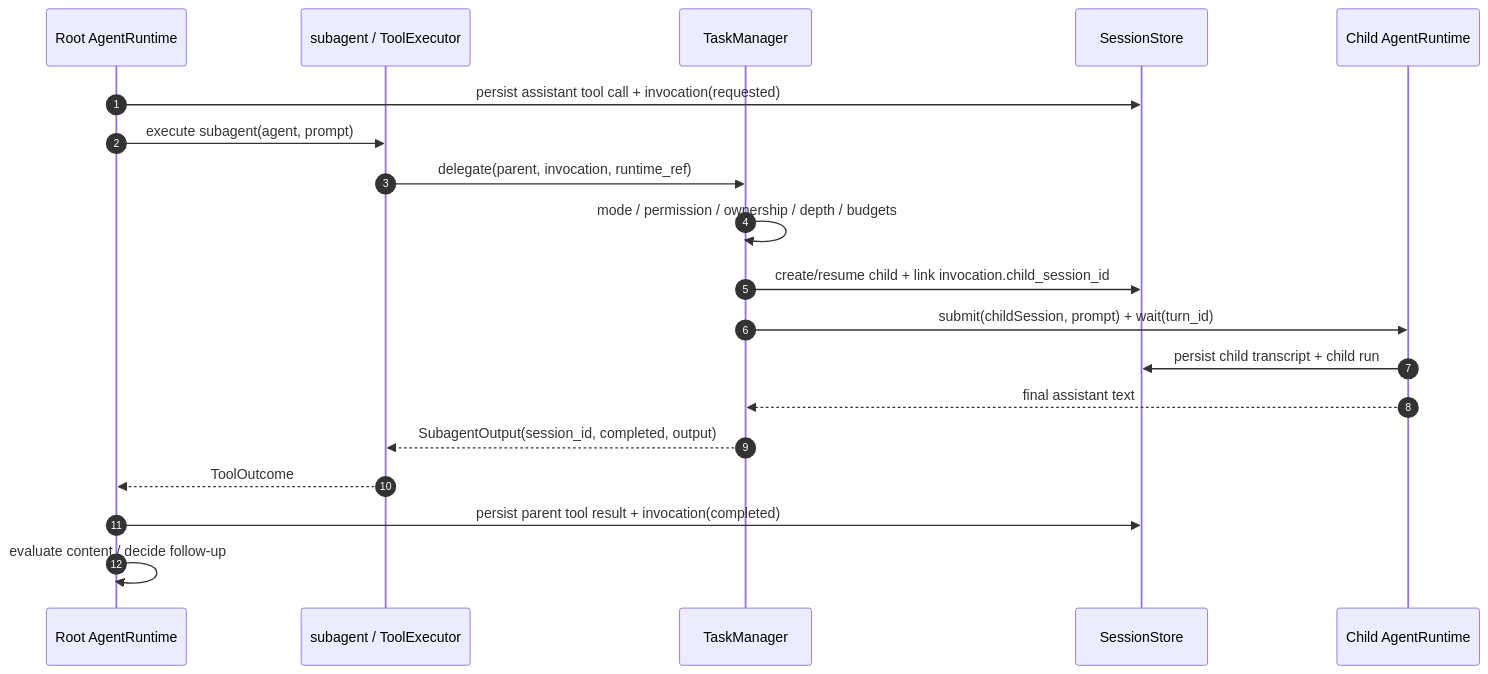
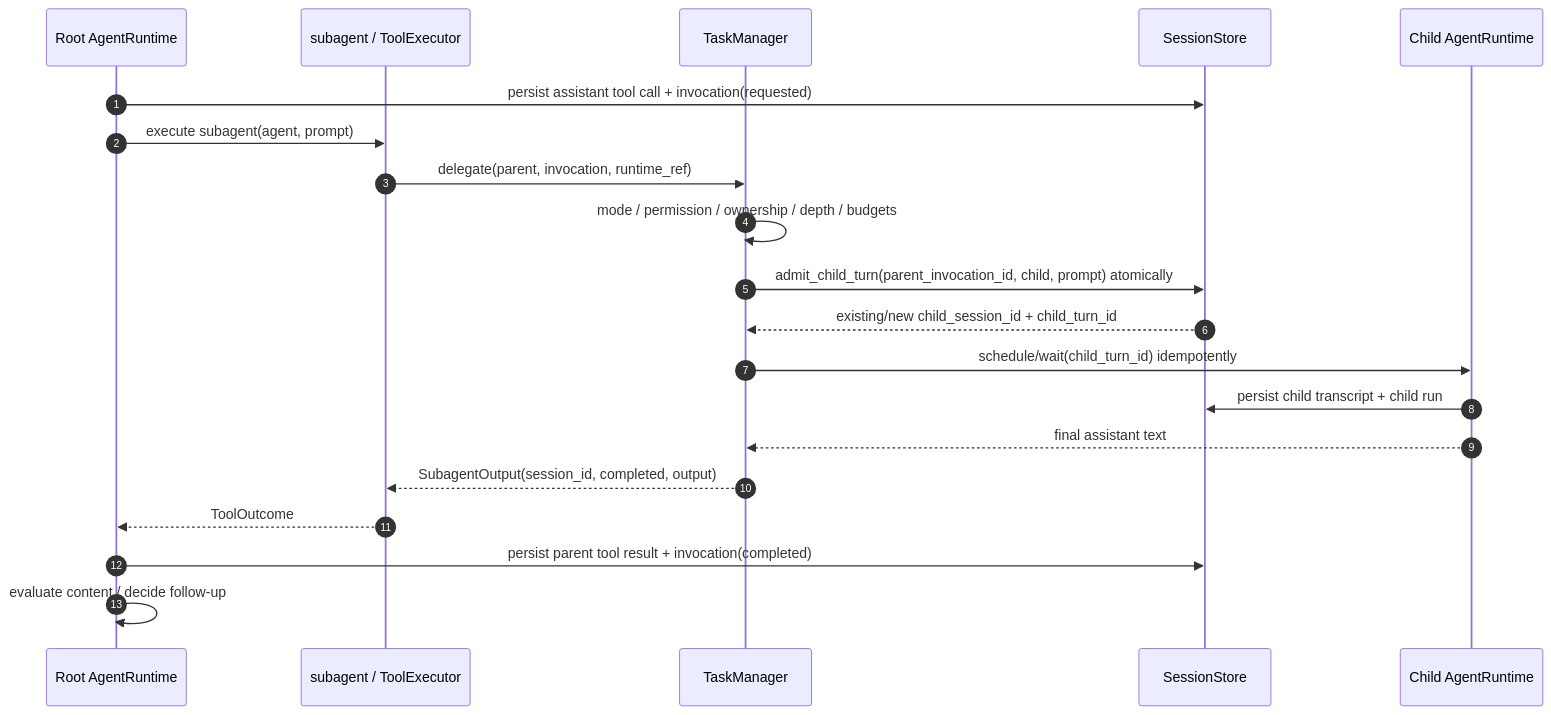
Before and after one commit to hailp-vn38/orchestrator_agent_rs: the diagram in docs/06-delegation.md, drawn with Mermaid. The commit also changed other lines of this file and 23 other files, not shown here.

````diff
--- a/docs/06-delegation.md
+++ b/docs/06-delegation.md
@@ -32,21 +32,22 @@
 ```mermaid
 sequenceDiagram
     autonumber
     participant Root as Root AgentRuntime
     participant Tool as subagent / ToolExecutor
     participant TM as TaskManager
     participant Store as SessionStore
     participant Child as Child AgentRuntime
     Root->>Store: persist assistant tool call + invocation(requested)
     Root->>Tool: execute subagent(agent, prompt)
     Tool->>TM: delegate(parent, invocation, runtime_ref)
     TM->>TM: mode / permission / ownership / depth / budgets
-    TM->>Store: create/resume child + link invocation.child_session_id
-    TM->>Child: submit(childSession, prompt) + wait(turn_id)
+    TM->>Store: admit_child_turn(parent_invocation_id, child, prompt) atomically
+    Store-->>TM: existing/new child_session_id + child_turn_id
+    TM->>Child: schedule/wait(child_turn_id) idempotently
     Child->>Store: persist child transcript + child run
     Child-->>TM: final assistant text
     TM-->>Tool: SubagentOutput(session_id, completed, output)
     Tool-->>Root: ToolOutcome
     Root->>Store: persist parent tool result + invocation(completed)
     Root->>Root: evaluate content / decide follow-up
 ```
````
